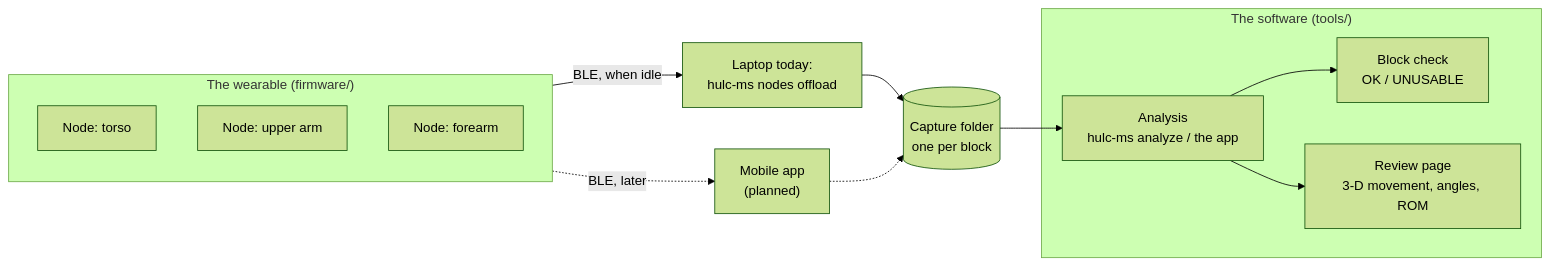
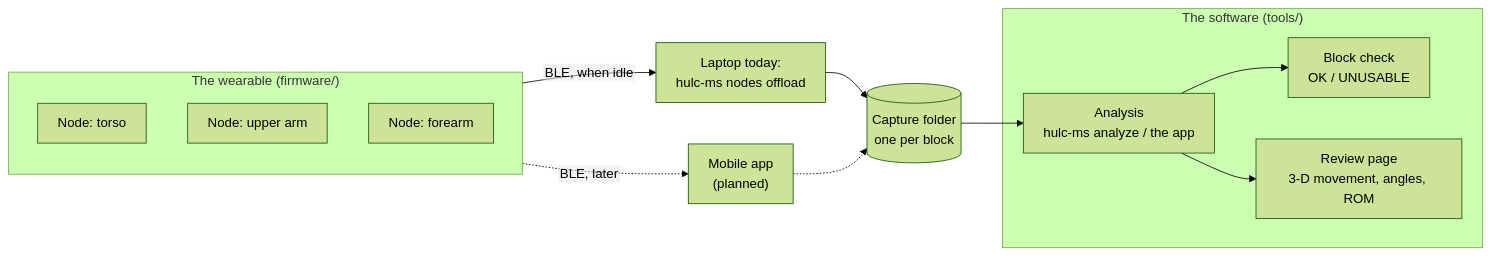
Before and after one commit to Jamie215/HULC_motionshirt: the diagram in README.md, drawn with Mermaid (forest theme). The commit also changed 1 other file, not shown here.

Commit message:
Docs: render diagram text with one fixed font so labels are not clipped
GitHub draws Mermaid labels in a different font from the one it measures
them with, so long labels were cut off. Each diagram now sets a common
font and plain SVG text labels, so the label is measured and drawn alike.

Claude-Session: https://claude.ai/code/session_01BKeJN2eHhoZpsAPpsJFbwL

````diff
--- a/README.md
+++ b/README.md
@@ -13,21 +13,22 @@
 ```mermaid
+%%{init: {"fontFamily": "arial, helvetica, sans-serif", "flowchart": {"htmlLabels": false, "padding": 12}}}%%
 flowchart LR
     subgraph W["The wearable (firmware/)"]
         N1["Node: torso"]
         N2["Node: upper arm"]
         N3["Node: forearm"]
     end
     L["Laptop today:<br/>hulc-ms nodes offload"]
     M["Mobile app<br/>(planned)"]
     C[("Capture folder<br/>one per block")]
     subgraph S["The software (tools/)"]
         A["Analysis<br/>hulc-ms analyze / the app"]
         B["Block check<br/>OK / UNUSABLE"]
         V["Review page<br/>3-D movement, angles, ROM"]
     end
     W -- "BLE, when idle" --> L
     W -. "BLE, later" .-> M
     L --> C
     M -.-> C
     C --> A --> B & V
 ```
````
